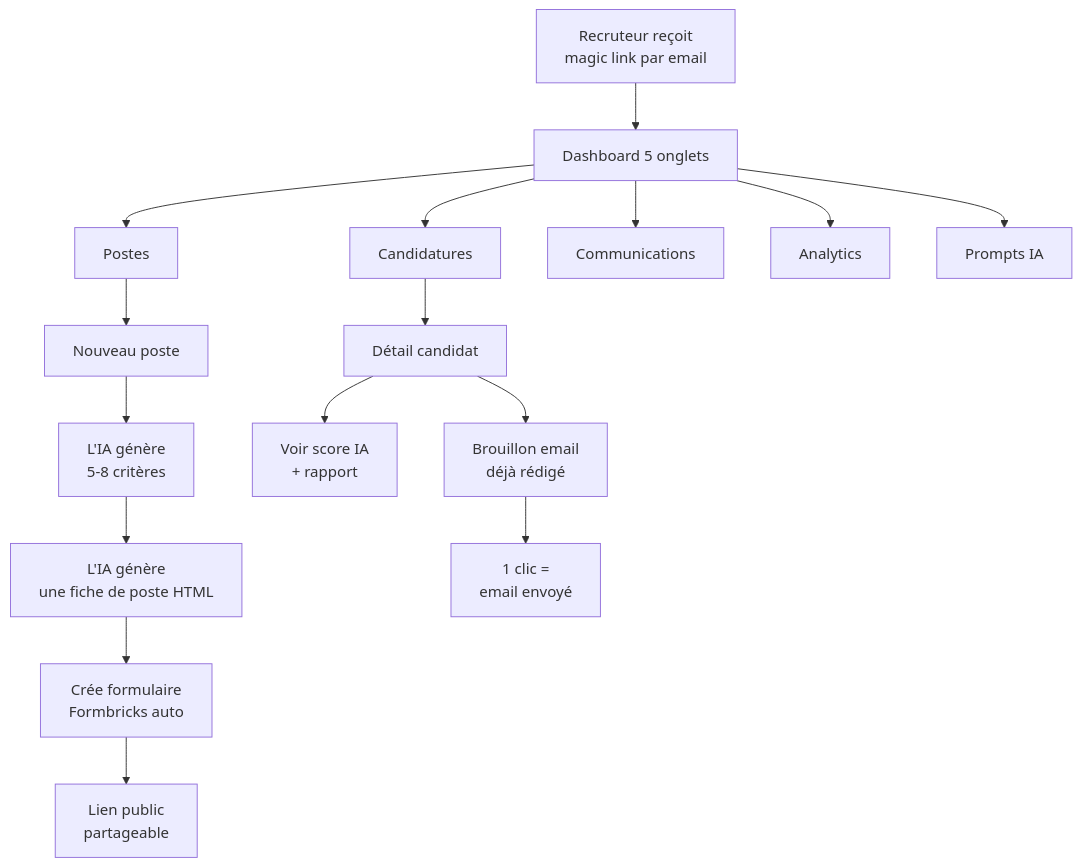
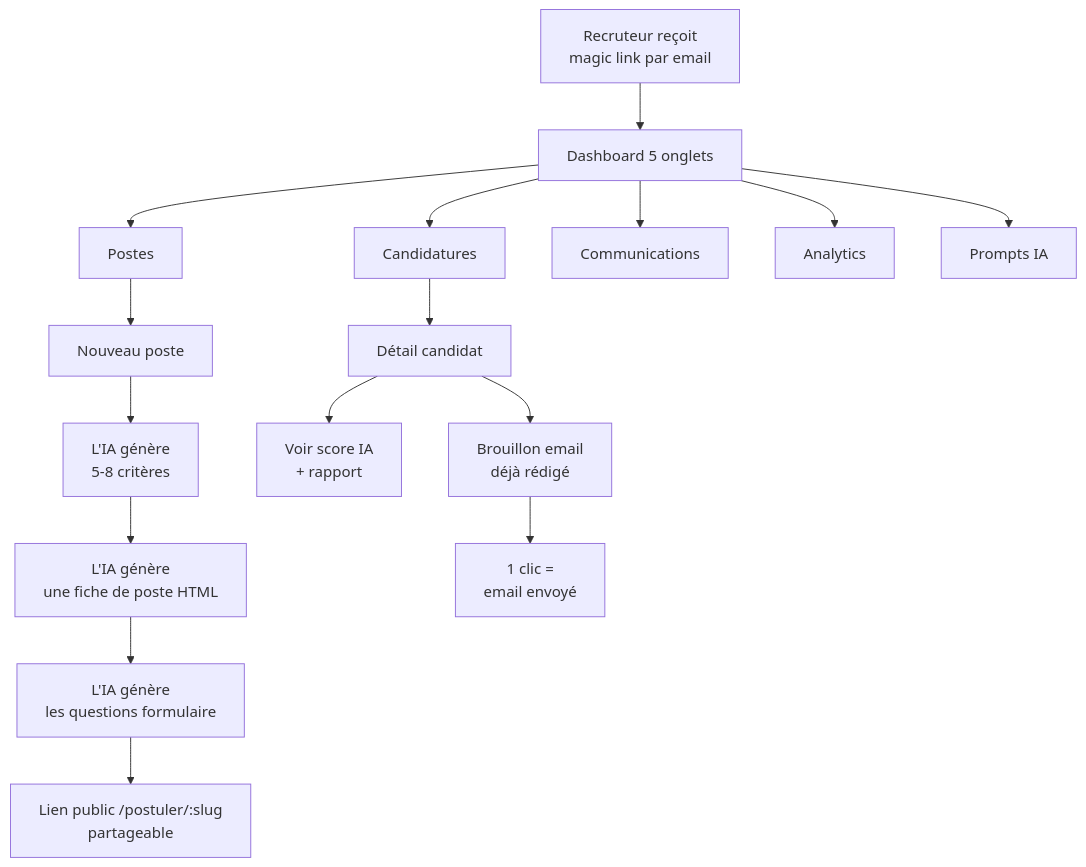
Before and after one commit to EnzoDnt/rh-system: the fifth of 5 diagrams in docs/01-comprendre/architecture.md, drawn with Mermaid. The commit also changed other lines of this file and 3 other files, not shown here.

First line of the commit message:
docs: Task 5 — update docs for native form, remove Formbricks references

````diff
--- a/docs/01-comprendre/architecture.md
+++ b/docs/01-comprendre/architecture.md
@@ -209,20 +203,20 @@
 ```mermaid
 flowchart TD
     Login[Recruteur reçoit<br/>magic link par email] --> Dashboard
     Dashboard[Dashboard 5 onglets] --> Postes
     Dashboard --> Cand[Candidatures]
     Dashboard --> Comm[Communications]
     Dashboard --> Ana[Analytics]
     Dashboard --> Prompts[Prompts IA]
 
     Postes --> NewPoste[Nouveau poste]
     NewPoste --> AIcrit[L'IA génère<br/>5-8 critères]
     AIcrit --> AIfiche[L'IA génère<br/>une fiche de poste HTML]
-    AIfiche --> Form[Crée formulaire<br/>Formbricks auto]
-    Form --> Live[Lien public<br/>partageable]
+    AIfiche --> GenQ[L'IA génère<br/>les questions formulaire]
+    GenQ --> Live[Lien public /postuler/:slug<br/>partageable]
 
     Cand --> Detail[Détail candidat]
     Detail --> Score[Voir score IA<br/>+ rapport]
     Detail --> Email[Brouillon email<br/>déjà rédigé]
     Email --> SendBtn[1 clic =<br/>email envoyé]
 ```
````
